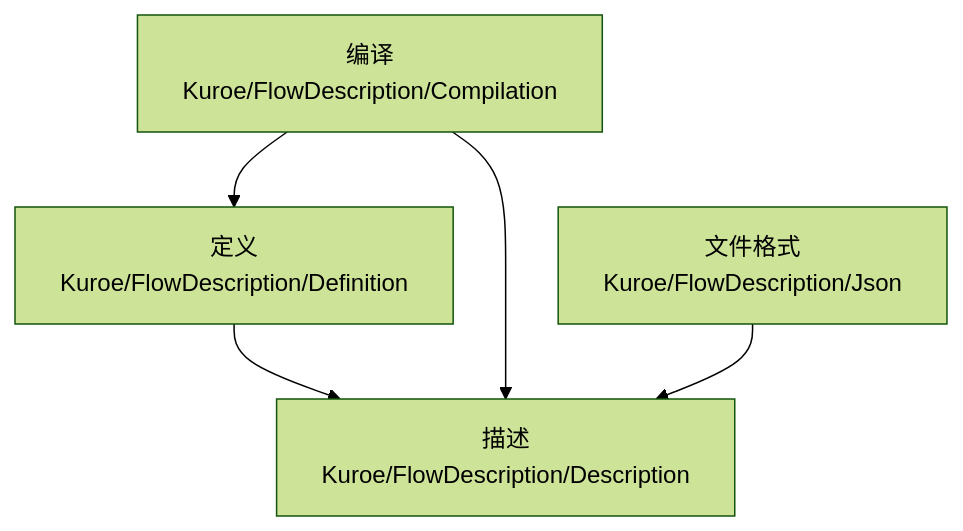
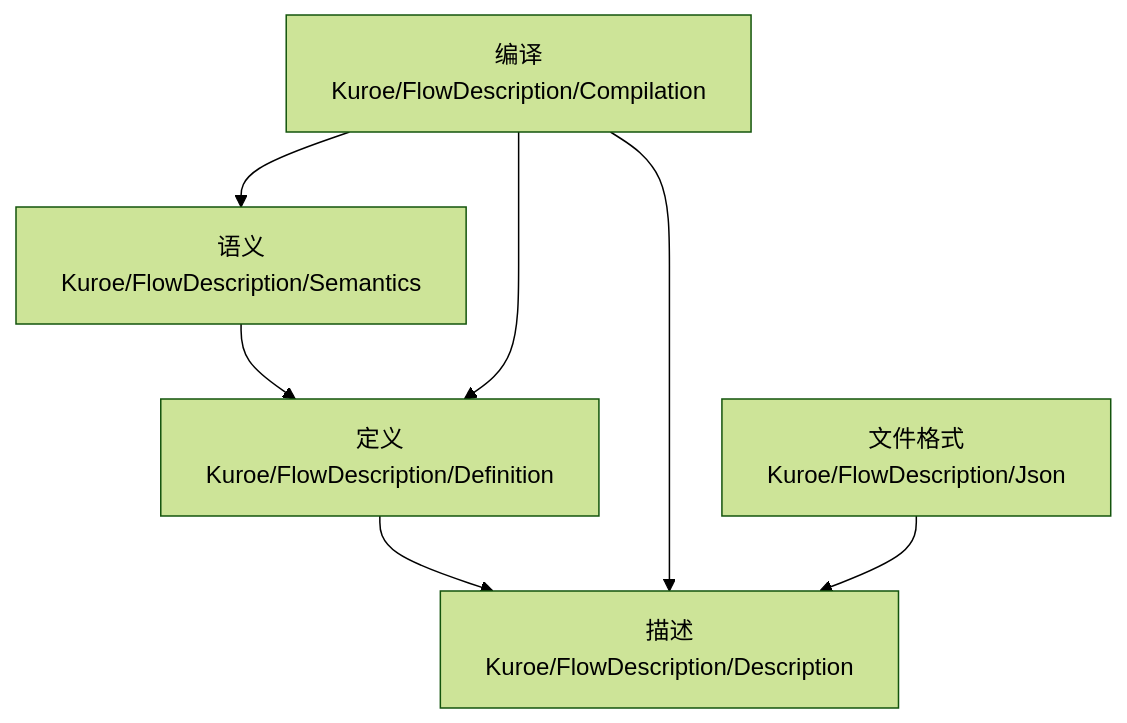
One commit to DrMelt/Kuroe changed the diagram in docs/dev/architecture/functional-boundary/description/index.md. Above: the diagram before and after it, drawn with Mermaid (forest theme). The commit also changed other lines of this file and 73 other files, not shown here.

Commit message:
语言解析与语言规则从图编译与 MAF 投影迁入流程描述语义层，流程实现改为消费同一份语义结果，静态取值终点在编译期落定，架构测试与文档同步

````diff
--- a/docs/dev/architecture/functional-boundary/description/index.md
+++ b/docs/dev/architecture/functional-boundary/description/index.md
@@ -5,11 +5,14 @@
 ```mermaid
 flowchart TD
     Description["描述<br>Kuroe/FlowDescription/Description"]
     Definition["定义<br>Kuroe/FlowDescription/Definition"]
+    Semantics["语义<br>Kuroe/FlowDescription/Semantics"]
     Compilation["编译<br>Kuroe/FlowDescription/Compilation"]
     Json["文件格式<br>Kuroe/FlowDescription/Json"]
     Definition --> Description
+    Semantics --> Definition
     Compilation --> Description
     Compilation --> Definition
+    Compilation --> Semantics
     Json --> Description
 ```
````
